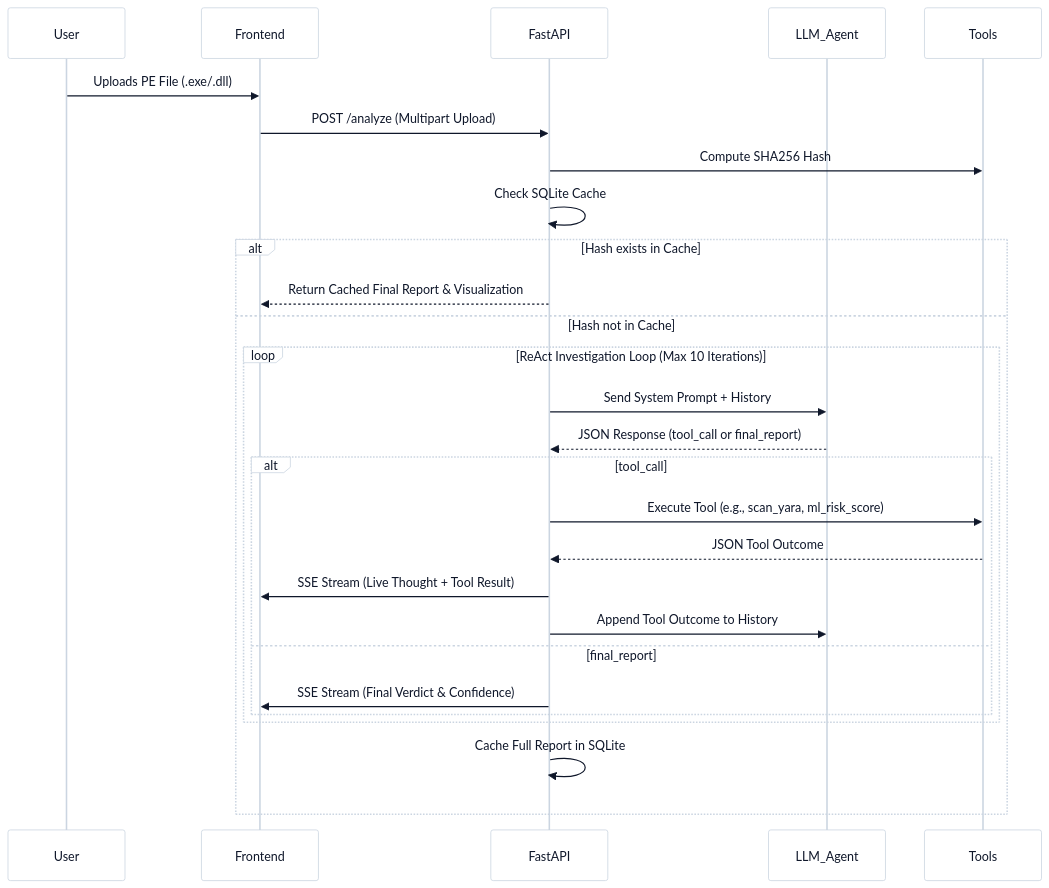
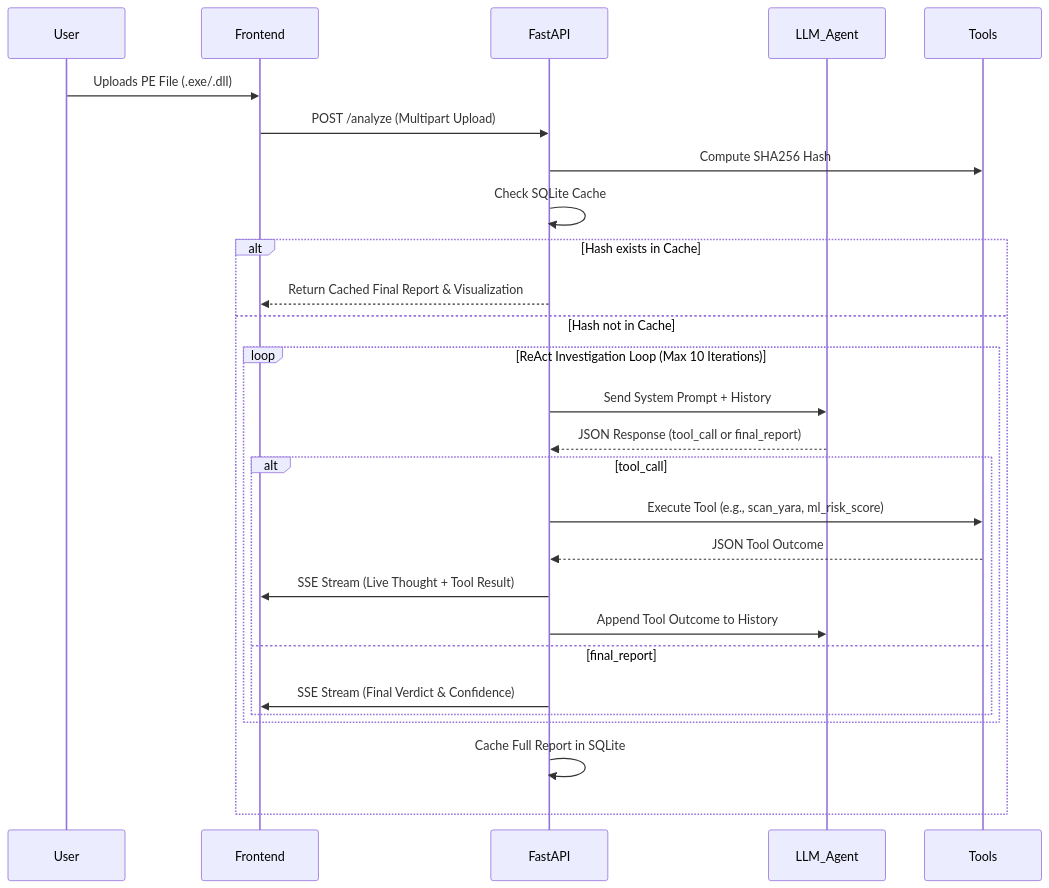
The first of 2 diagrams in README.md (mohamedsameh20/MalWhere), drawn with Mermaid before and after one commit. The commit also changed other lines of this file, not shown here.

Commit message:
docs: Revert custom Mermaid diagram themes to default styling

````diff
--- a/README.md
+++ b/README.md
@@ -43,33 +43,32 @@
 ```mermaid
-%%{init: { 'theme': 'base', 'themeVariables': { 'primaryColor': '#f1f5f9', 'edgeColor': '#475569', 'actorBkg': '#ffffff', 'actorBorder': '#cbd5e1', 'lineColor': '#94a3b8', 'signalColor': '#0f172a', 'signalTextColor': '#0f172a', 'labelTextColor': '#0f172a', 'actorTextColor': '#0f172a' } }}%%
 sequenceDiagram
     participant User
     participant Frontend
     participant FastAPI
     participant LLM_Agent
     participant Tools
 
     User->>Frontend: Uploads PE File (.exe/.dll)
     Frontend->>FastAPI: POST /analyze (Multipart Upload)
     FastAPI->>Tools: Compute SHA256 Hash
     FastAPI->>FastAPI: Check SQLite Cache
     
     alt Hash exists in Cache
         FastAPI-->>Frontend: Return Cached Final Report & Visualization
     else Hash not in Cache
         loop ReAct Investigation Loop (Max 10 Iterations)
             FastAPI->>LLM_Agent: Send System Prompt + History
             LLM_Agent-->>FastAPI: JSON Response (tool_call or final_report)
             
             alt tool_call
                 FastAPI->>Tools: Execute Tool (e.g., scan_yara, ml_risk_score)
                 Tools-->>FastAPI: JSON Tool Outcome
                 FastAPI->>Frontend: SSE Stream (Live Thought + Tool Result)
                 FastAPI->>LLM_Agent: Append Tool Outcome to History
             else final_report
                 FastAPI->>Frontend: SSE Stream (Final Verdict & Confidence)
             end
         end
         FastAPI->>FastAPI: Cache Full Report in SQLite
     end
 ```
````
